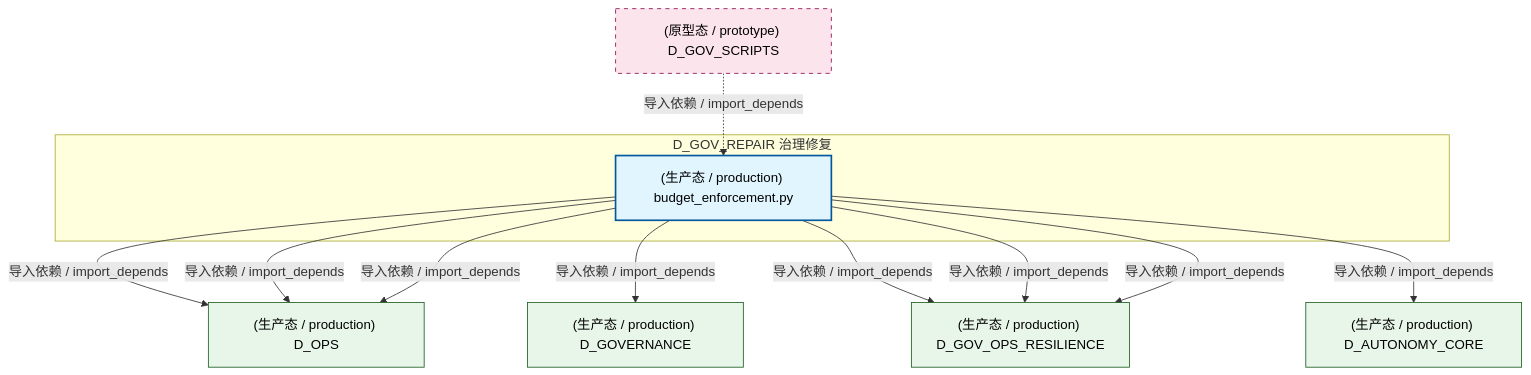
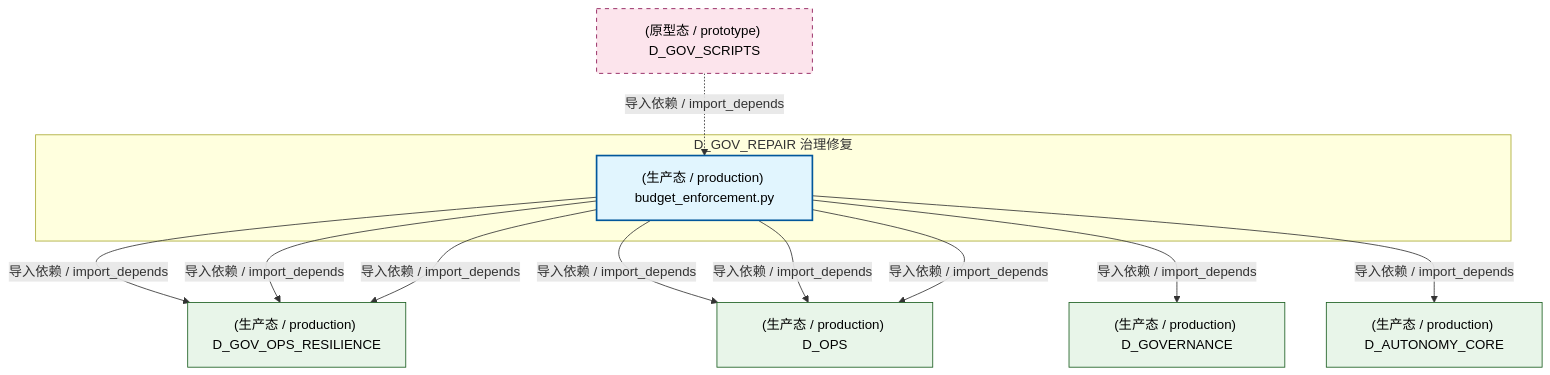
One commit to xuanFelixVan/ZephyrAlpha changed the first of 3 diagrams in docs/02_enterprise_architecture/02_domain_architecture_docs/44_d_gov_repair.md. Above: the diagram before and after it, drawn with Mermaid. The commit also changed other lines of this file and 102 other files, not shown here.

````diff
--- a/docs/02_enterprise_architecture/02_domain_architecture_docs/44_d_gov_repair.md
+++ b/docs/02_enterprise_architecture/02_domain_architecture_docs/44_d_gov_repair.md
@@ -63,27 +63,27 @@
 ```mermaid
 graph TD
     subgraph D_GOV_REPAIR["D_GOV_REPAIR 治理修复"]
         src_zephyr_governance_financial_governance_budget_enforcement_py["(生产态 / production) budget_enforcement.py"]
     end
+    D_GOV_OPS_RESILIENCE["(生产态 / production) D_GOV_OPS_RESILIENCE"]
+    src_zephyr_governance_financial_governance_budget_enforcement_py -->|导入依赖 / import_depends| D_GOV_OPS_RESILIENCE
     D_OPS["(生产态 / production) D_OPS"]
     src_zephyr_governance_financial_governance_budget_enforcement_py -->|导入依赖 / import_depends| D_OPS
     D_GOVERNANCE["(生产态 / production) D_GOVERNANCE"]
     src_zephyr_governance_financial_governance_budget_enforcement_py -->|导入依赖 / import_depends| D_GOVERNANCE
     src_zephyr_governance_financial_governance_budget_enforcement_py -->|导入依赖 / import_depends| D_OPS
-    D_GOV_OPS_RESILIENCE["(生产态 / production) D_GOV_OPS_RESILIENCE"]
-    src_zephyr_governance_financial_governance_budget_enforcement_py -->|导入依赖 / import_depends| D_GOV_OPS_RESILIENCE
     src_zephyr_governance_financial_governance_budget_enforcement_py -->|导入依赖 / import_depends| D_GOV_OPS_RESILIENCE
     D_AUTONOMY_CORE["(生产态 / production) D_AUTONOMY_CORE"]
     src_zephyr_governance_financial_governance_budget_enforcement_py -->|导入依赖 / import_depends| D_AUTONOMY_CORE
     src_zephyr_governance_financial_governance_budget_enforcement_py -->|导入依赖 / import_depends| D_OPS
     src_zephyr_governance_financial_governance_budget_enforcement_py -->|导入依赖 / import_depends| D_GOV_OPS_RESILIENCE
     D_GOV_SCRIPTS["(原型态 / prototype) D_GOV_SCRIPTS"]
     D_GOV_SCRIPTS -.->|导入依赖 / import_depends| src_zephyr_governance_financial_governance_budget_enforcement_py
     classDef production fill:#e1f5fe,stroke:#01579b,stroke-width:2px,color:#000
     classDef design fill:#fff3e0,stroke:#e65100,stroke-width:2px,color:#000,stroke-dasharray: 5 5
     classDef external_prod fill:#e8f5e9,stroke:#1b5e20,stroke-width:1px,color:#000
     classDef external_design fill:#fce4ec,stroke:#880e4f,stroke-width:1px,color:#000,stroke-dasharray: 5 5
     class src_zephyr_governance_financial_governance_budget_enforcement_py production
-    class D_OPS,D_GOVERNANCE,D_GOV_OPS_RESILIENCE,D_AUTONOMY_CORE external_prod
+    class D_GOV_OPS_RESILIENCE,D_OPS,D_GOVERNANCE,D_AUTONOMY_CORE external_prod
     class D_GOV_SCRIPTS external_design
 ```
````
